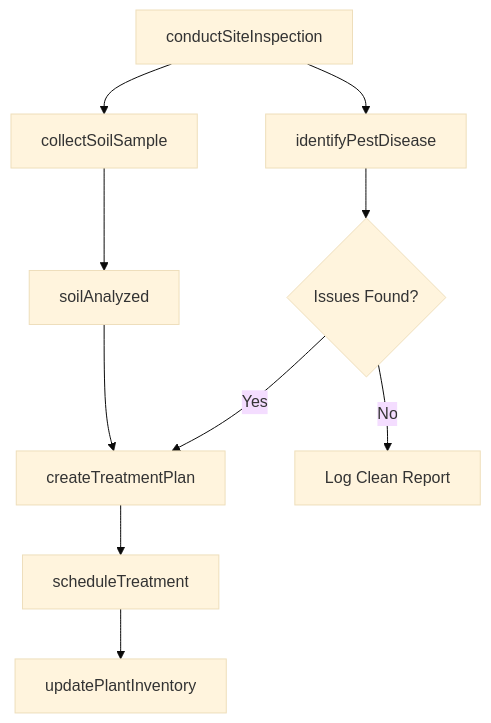
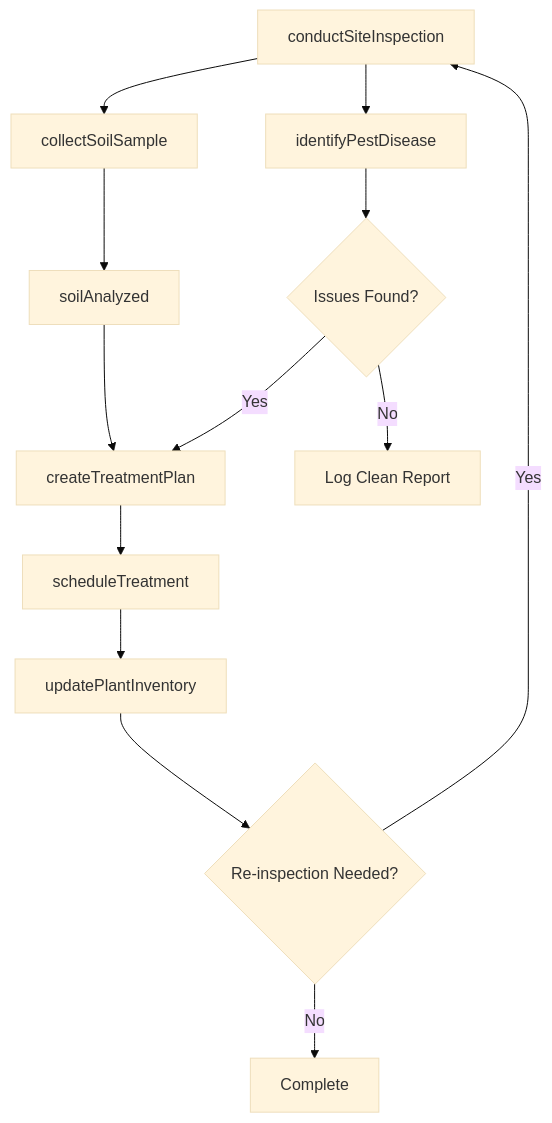
One commit to dot-org-ai/tasks.org.ai changed the third of 4 diagrams in MonitoringProcessesMaterialsOrSurroundings/MonitorEnvironmentalConditions/InspectLandscapingDetermineTreatmentNeeds.mdx. Above: the diagram before and after it, drawn with Mermaid (base theme). The commit also changed other lines of this file and 307 other files, not shown here.

First line of the commit message:
feat: Add ER diagrams and state diagrams to remaining 308 DWA task files (wave 3 complete)

````diff
--- a/MonitoringProcessesMaterialsOrSurroundings/MonitorEnvironmentalConditions/InspectLandscapingDetermineTreatmentNeeds.mdx
+++ b/MonitoringProcessesMaterialsOrSurroundings/MonitorEnvironmentalConditions/InspectLandscapingDetermineTreatmentNeeds.mdx
@@ -86,12 +115,15 @@
 ```mermaid
 graph TD
     A[conductSiteInspection] --> B[collectSoilSample]
     A --> C[identifyPestDisease]
     B --> D[soilAnalyzed]
     C --> E{Issues Found?}
     E -->|Yes| F[createTreatmentPlan]
     E -->|No| G[Log Clean Report]
     D --> F
     F --> H[scheduleTreatment]
     H --> I[updatePlantInventory]
+    I --> J{Re-inspection Needed?}
+    J -->|Yes| A
+    J -->|No| K[Complete]
 ```
````
